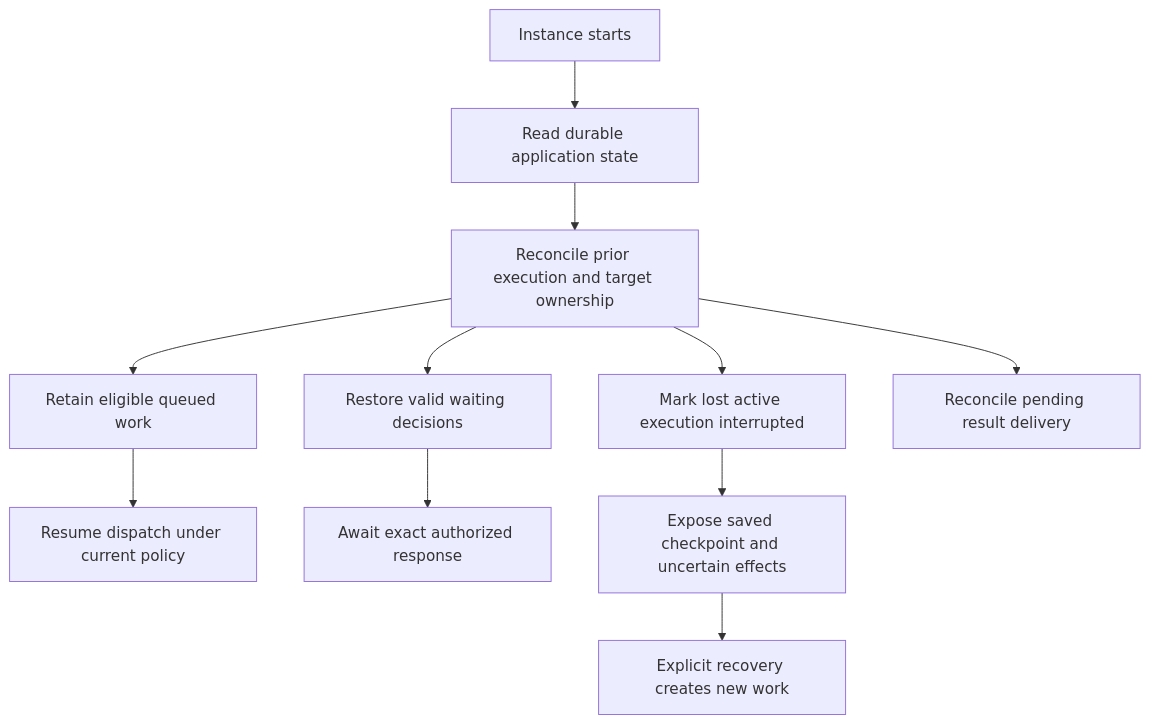
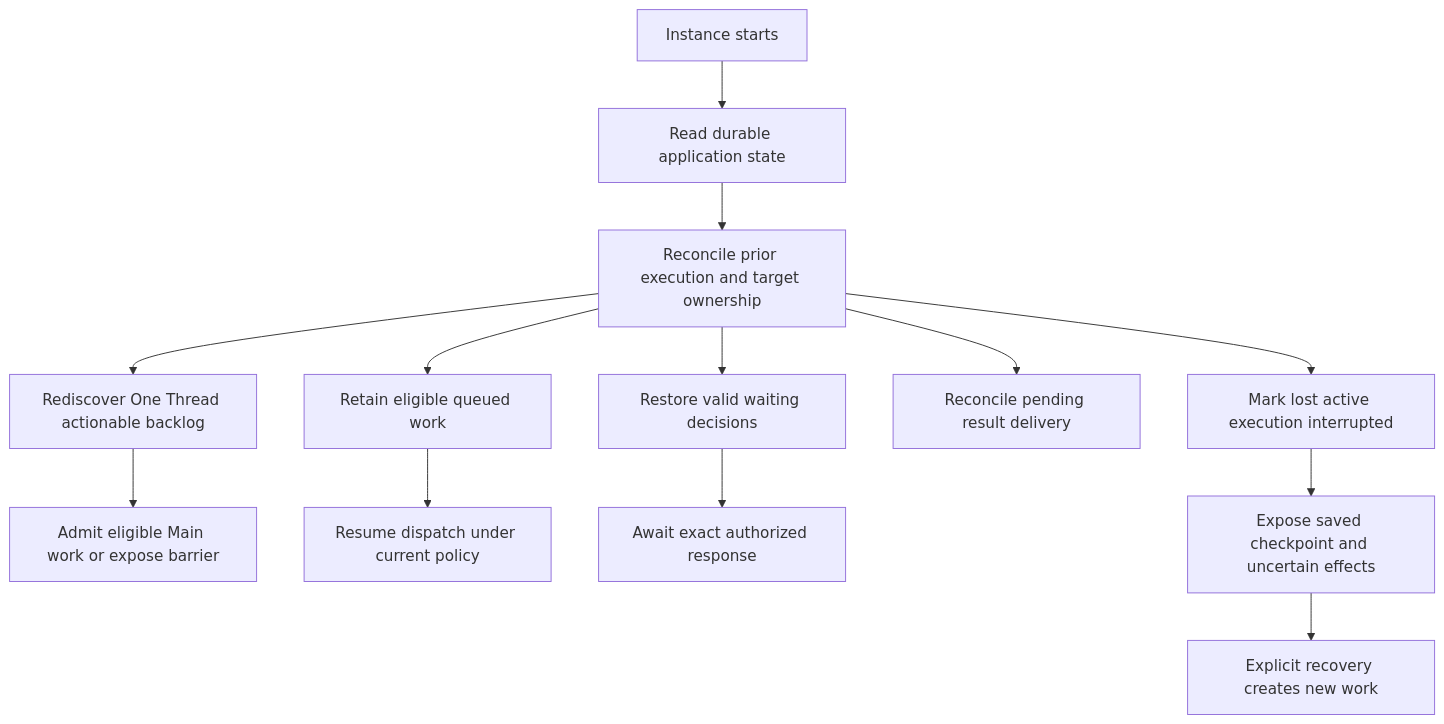
The diagram in spec/04-persistence-and-recovery.md (Wh1isper/a13n-claw), drawn with Mermaid before and after one commit. The commit also changed other lines of this file and 11 other files, not shown here.

Commit message:
docs(spec): define One Thread coordination and durable Inbox drain (#15)

````diff
--- a/spec/04-persistence-and-recovery.md
+++ b/spec/04-persistence-and-recovery.md
@@ -37,13 +38,15 @@
 ```mermaid
 flowchart TD
     Start[Instance starts] --> Load[Read durable application state]
     Load --> Reconcile[Reconcile prior execution and target ownership]
     Reconcile --> Queue[Retain eligible queued work]
     Reconcile --> Wait[Restore valid waiting decisions]
     Reconcile --> Lost[Mark lost active execution interrupted]
     Reconcile --> Deliver[Reconcile pending result delivery]
+    Reconcile --> Inbox[Rediscover One Thread actionable backlog]
+    Inbox --> Drain[Admit eligible Main work or expose barrier]
     Queue --> Admit[Resume dispatch under current policy]
     Wait --> Answer[Await exact authorized response]
     Lost --> Review[Expose saved checkpoint and uncertain effects]
     Review --> Recover[Explicit recovery creates new work]
 ```
````
